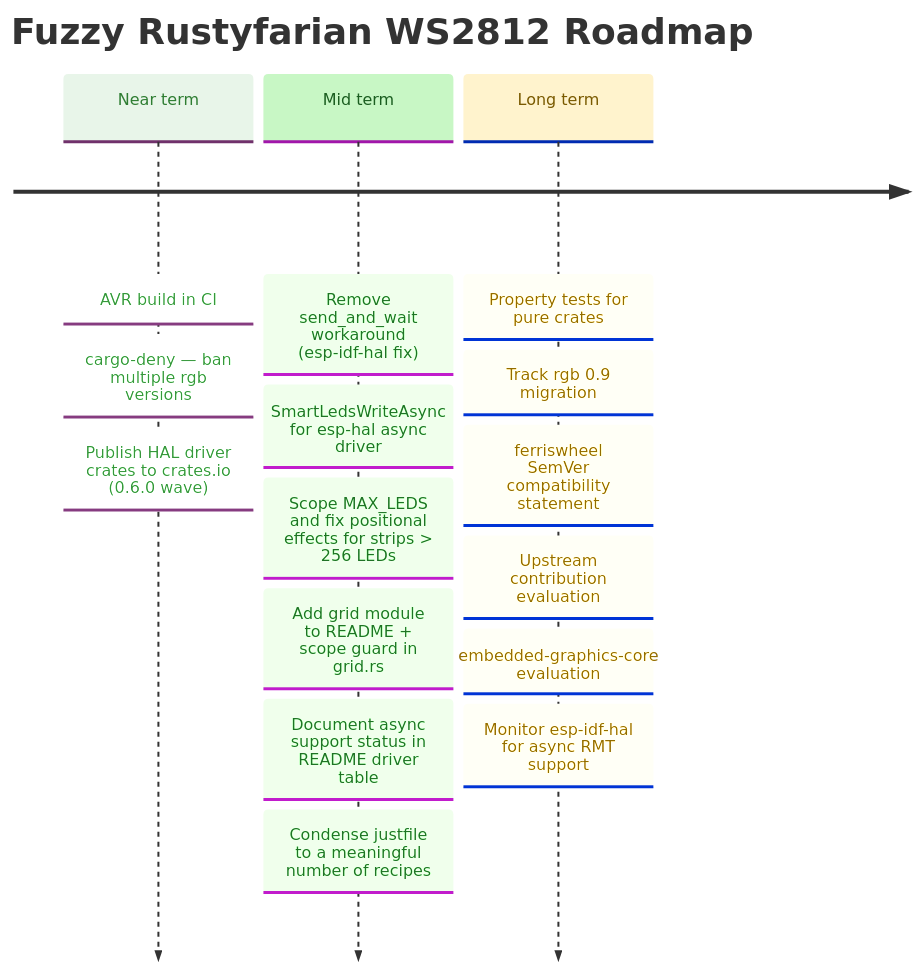
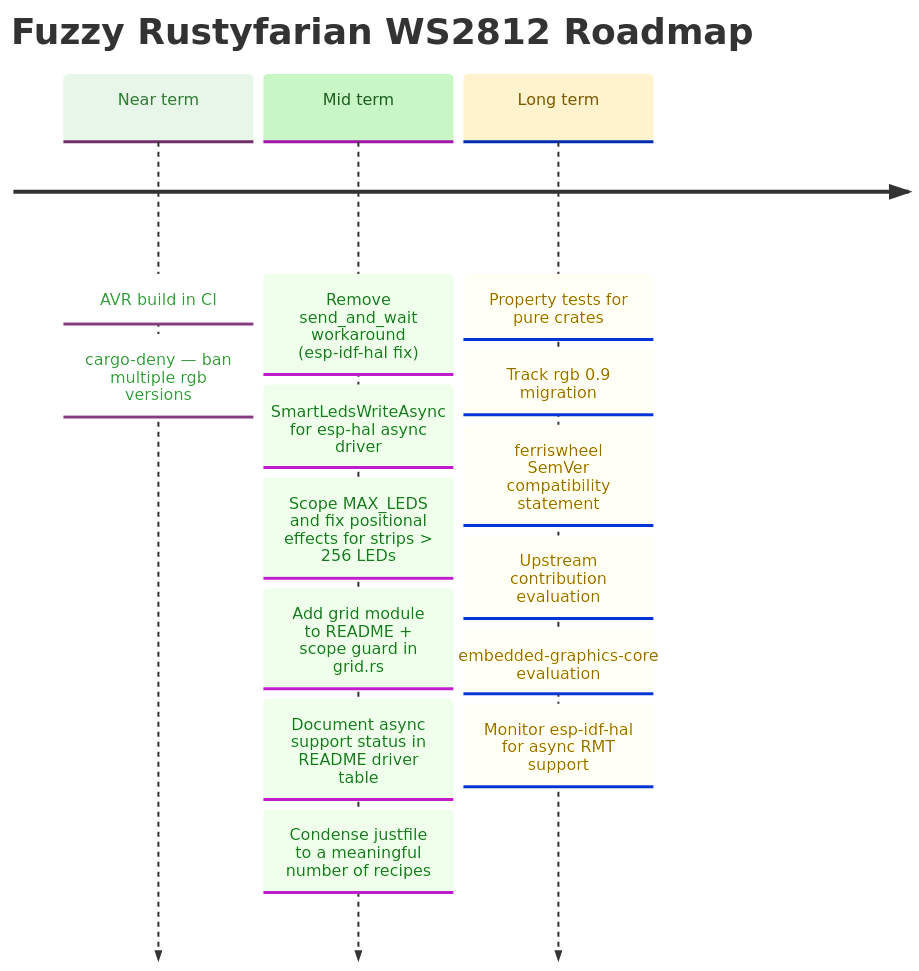
The diagram in docs/ROADMAP.md (datenkollektiv/rustyfarian-ws2812), drawn with Mermaid before and after one commit. The commit also changed other lines of this file and 13 other files, not shown here.

````diff
--- a/docs/ROADMAP.md
+++ b/docs/ROADMAP.md
@@ -18,36 +18,35 @@
 ```mermaid
 %%{init: {
   "theme": "base",
   "themeVariables": {
     "cScale0": "#e8f5e9",
     "cScaleLabel0": "#2e7d32",
     "cScale1": "#c8f7c5",
     "cScaleLabel1": "#1b5e20",
     "cScale2": "#fff3cd",
     "cScaleLabel2": "#7a5a00",
     "cScale3": "#e3f2fd",
     "cScaleLabel3": "#0d47a1"
   }
 }}%%
 
 timeline
     title Fuzzy Rustyfarian WS2812 Roadmap
 
     Near term : AVR build in CI
               : cargo-deny — ban multiple rgb versions
-              : Publish HAL driver crates to crates.io (0.6.0 wave)
 
     Mid term  : Remove send_and_wait workaround (esp-idf-hal fix)
               : SmartLedsWriteAsync for esp-hal async driver
               : Scope MAX_LEDS and fix positional effects for strips > 256 LEDs
               : Add grid module to README + scope guard in grid.rs
               : Document async support status in README driver table
               : Condense justfile to a meaningful number of recipes
 
     Long term : Property tests for pure crates
               : Track rgb 0.9 migration
               : ferriswheel SemVer compatibility statement
               : Upstream contribution evaluation
               : embedded-graphics-core evaluation
               : Monitor esp-idf-hal for async RMT support
 ```
````
